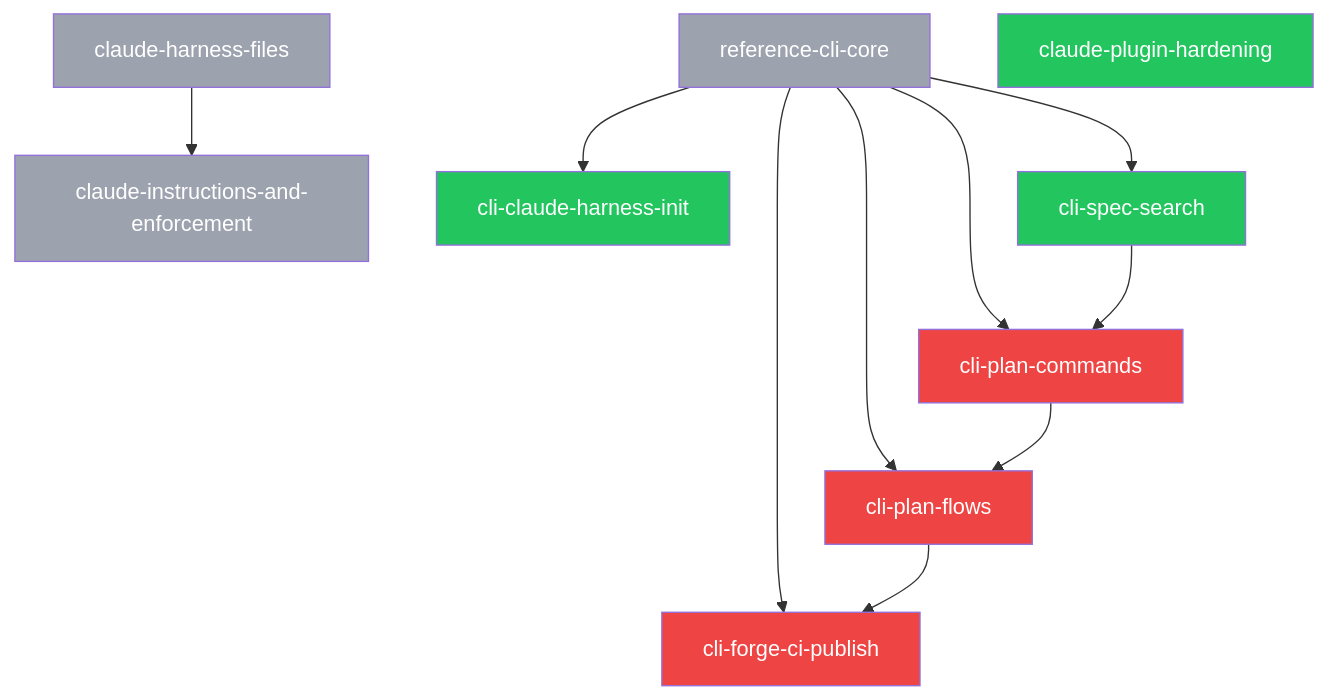
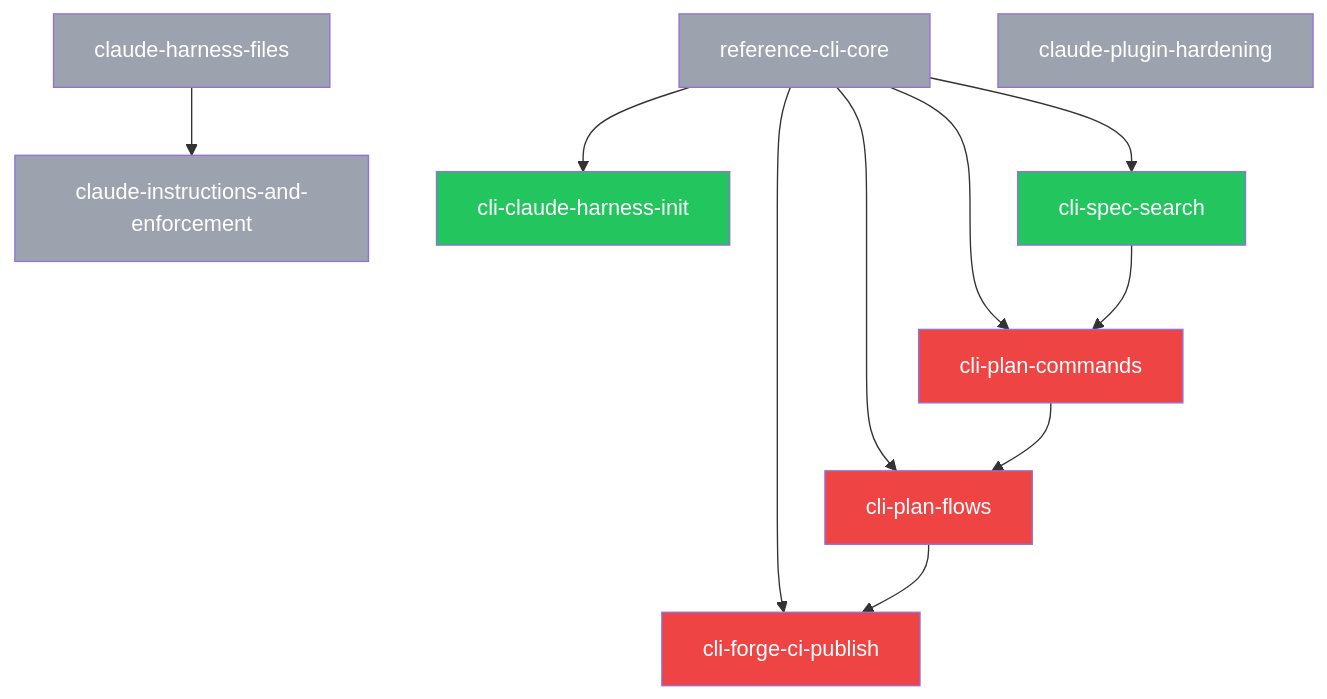
The diagram in plans/PLANS.md (SpiralSky/specplane), drawn with Mermaid before and after one commit. The commit also changed other lines of this file and 4 other files, not shown here.

First line of the commit message:
chore(specplane): finish 2026-10-29-claude-plugin-hardening

````diff
--- a/plans/PLANS.md
+++ b/plans/PLANS.md
@@ -26,28 +26,28 @@
 ```mermaid
 graph TD
     p_2026_10_28_reference_cli_core[reference-cli-core]:::done
     p_2026_10_29_claude_harness_files[claude-harness-files]:::done
     p_2026_10_29_claude_instructions_and_enforcement[claude-instructions-and-enforcement]:::done
-    p_2026_10_29_claude_plugin_hardening[claude-plugin-hardening]:::ready
+    p_2026_10_29_claude_plugin_hardening[claude-plugin-hardening]:::done
     p_2026_10_29_cli_claude_harness_init[cli-claude-harness-init]:::ready
     p_2026_10_29_cli_forge_ci_publish[cli-forge-ci-publish]:::blocked
     p_2026_10_29_cli_plan_commands[cli-plan-commands]:::blocked
     p_2026_10_29_cli_plan_flows[cli-plan-flows]:::blocked
     p_2026_10_29_cli_spec_search[cli-spec-search]:::ready
     p_2026_10_29_claude_harness_files --> p_2026_10_29_claude_instructions_and_enforcement
     p_2026_10_28_reference_cli_core --> p_2026_10_29_cli_claude_harness_init
     p_2026_10_28_reference_cli_core --> p_2026_10_29_cli_forge_ci_publish
     p_2026_10_29_cli_plan_flows --> p_2026_10_29_cli_forge_ci_publish
     p_2026_10_28_reference_cli_core --> p_2026_10_29_cli_plan_commands
     p_2026_10_29_cli_spec_search --> p_2026_10_29_cli_plan_commands
     p_2026_10_28_reference_cli_core --> p_2026_10_29_cli_plan_flows
     p_2026_10_29_cli_plan_commands --> p_2026_10_29_cli_plan_flows
     p_2026_10_28_reference_cli_core --> p_2026_10_29_cli_spec_search
     classDef draft fill:#f9fafb,color:#374151,stroke:#d1d5db
     classDef ready fill:#22c55e,color:#fff
     classDef blocked fill:#ef4444,color:#fff
     classDef in_progress fill:#3b82f6,color:#fff
     classDef review fill:#60a5fa,color:#fff
     classDef done fill:#9ca3af,color:#fff
     classDef abandoned fill:#9ca3af,color:#fff,text-decoration:line-through
 ```
````
